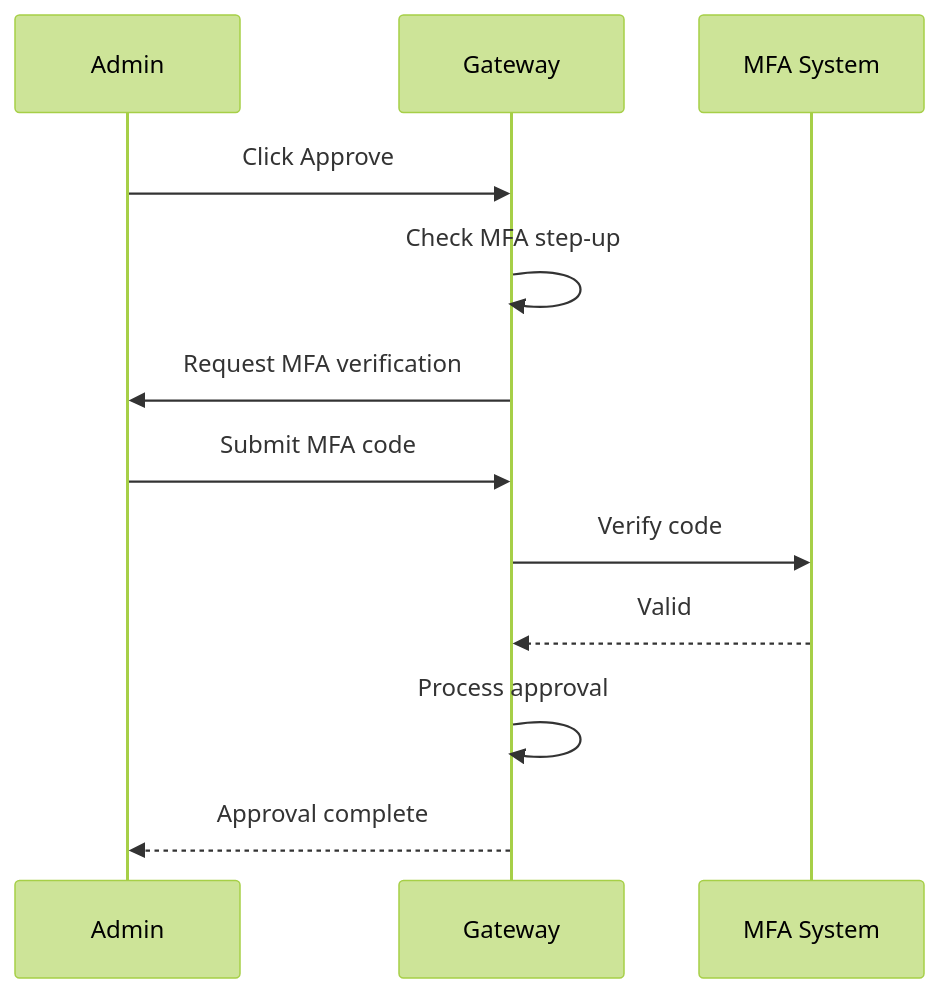
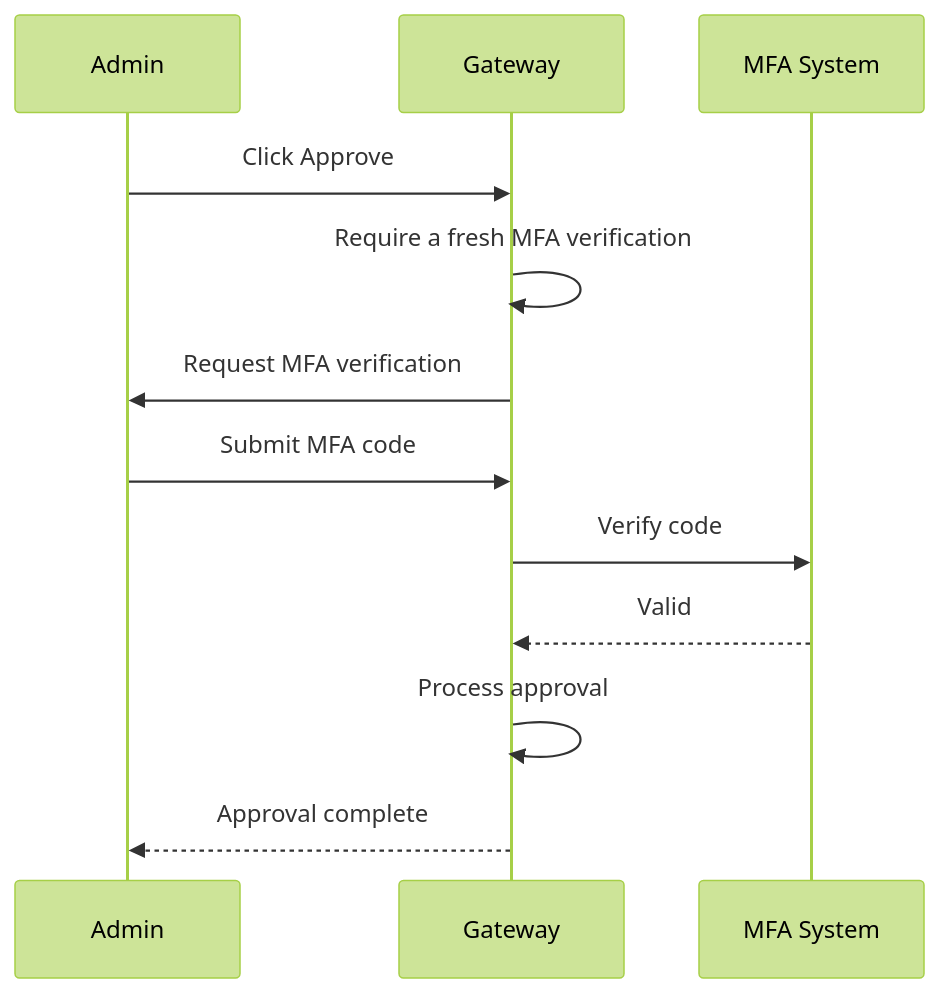
Before and after one commit to DocSpring/rack-gateway: the third of 6 diagrams in docs/src/content/docs/integrations/deploy-approvals/workflow.mdx, drawn with Mermaid (forest theme). The commit also changed other lines of this file and 108 other files, not shown here.

````diff
--- a/docs/src/content/docs/integrations/deploy-approvals/workflow.mdx
+++ b/docs/src/content/docs/integrations/deploy-approvals/workflow.mdx
@@ -153,15 +157,15 @@
 ```mermaid
 sequenceDiagram
     participant Admin as Admin
     participant Gateway as Gateway
     participant MFA as MFA System
 
     Admin->>Gateway: Click Approve
-    Gateway->>Gateway: Check MFA step-up
+    Gateway->>Gateway: Require a fresh MFA verification
     Gateway->>Admin: Request MFA verification
     Admin->>Gateway: Submit MFA code
     Gateway->>MFA: Verify code
     MFA-->>Gateway: Valid
     Gateway->>Gateway: Process approval
     Gateway-->>Admin: Approval complete
 ```
````
